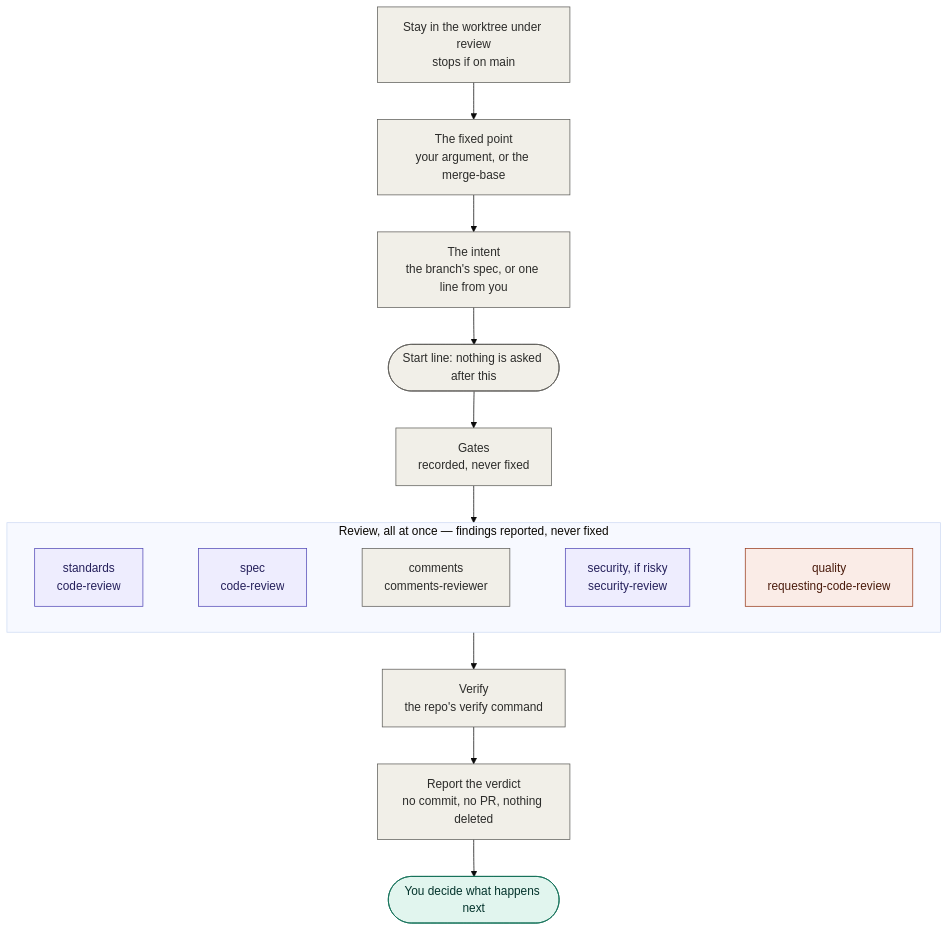
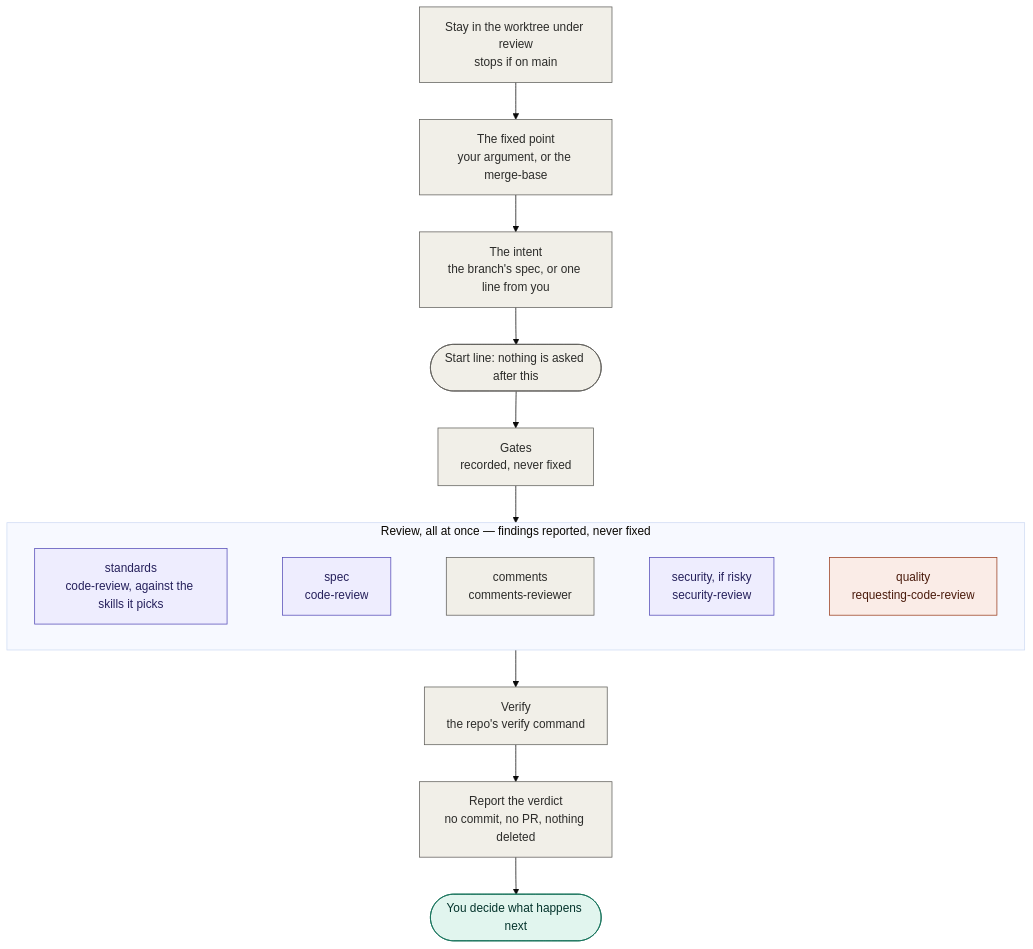
Before and after one commit to junayed711/temper: the fifth of 6 diagrams in README.md, drawn with Mermaid (base theme). The commit also changed other lines of this file, not shown here.

Commit message:
show skill routing in the readme workflow diagrams

````diff
--- a/README.md
+++ b/README.md
@@ -499,29 +499,29 @@
 ```mermaid
 flowchart TD
     here["Stay in the worktree under review<br/>stops if on main"]:::temper
     fixed["The fixed point<br/>your argument, or the merge-base"]:::temper
     intent["The intent<br/>the branch's spec, or one line from you"]:::temper
     go(["Start line: nothing is asked after this"]):::temper
     gates["Gates<br/>recorded, never fixed"]:::temper
 
     subgraph panel["Review, all at once — findings reported, never fixed"]
         direction LR
-        r1["standards<br/>code-review"]:::matt
+        r1["standards<br/>code-review, against the skills it picks"]:::matt
         r2["spec<br/>code-review"]:::matt
         r3["comments<br/>comments-reviewer"]:::temper
         r4["security, if risky<br/>security-review"]:::matt
         r5["quality<br/>requesting-code-review"]:::sp
         r1 ~~~ r2 ~~~ r3 ~~~ r4 ~~~ r5
     end
 
     verify["Verify<br/>the repo's verify command"]:::temper
     report["Report the verdict<br/>no commit, no PR, nothing deleted"]:::temper
     decide(["You decide what happens next"]):::you
 
     here --> fixed --> intent --> go --> gates --> panel --> verify --> report --> decide
 
     classDef matt fill:#EEEDFE,stroke:#534AB7,color:#26215C
     classDef sp fill:#FAECE7,stroke:#993C1D,color:#4A1B0C
     classDef you fill:#E1F5EE,stroke:#0F6E56,color:#04342C
     classDef temper fill:#F1EFE8,stroke:#5F5E5A,color:#2C2C2A
 ```
````
